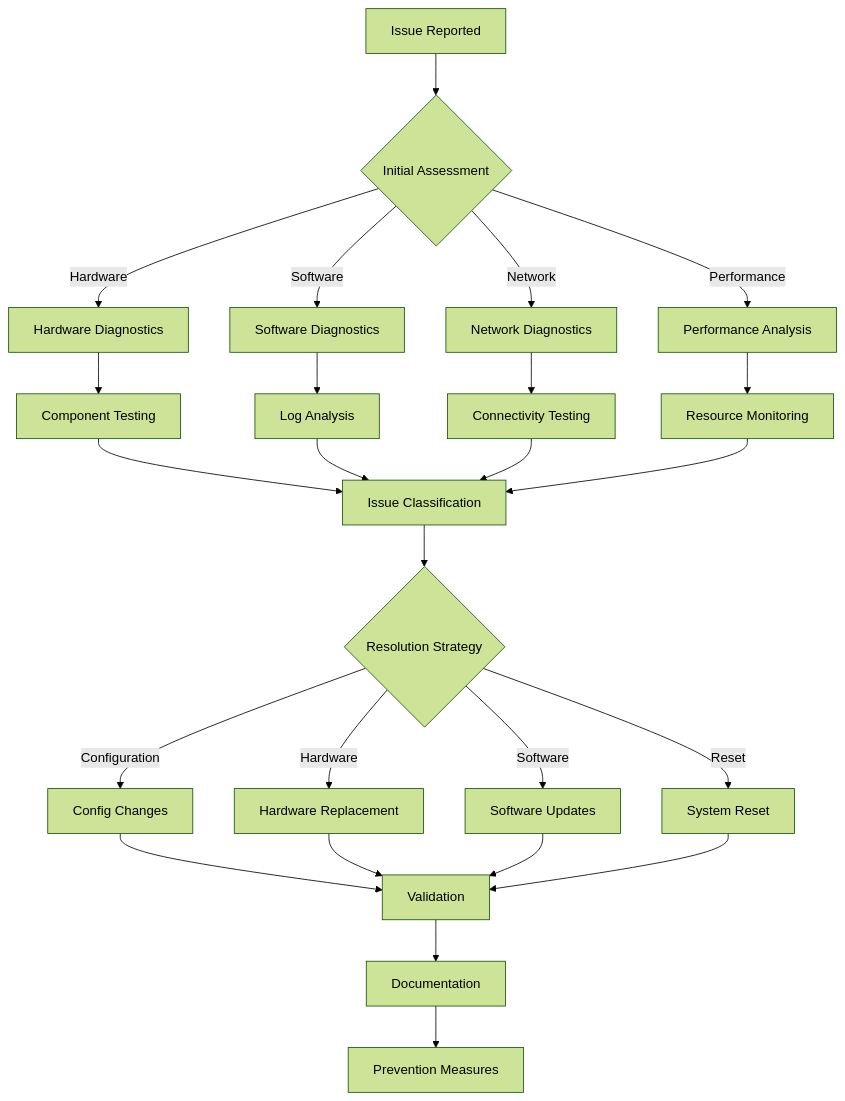
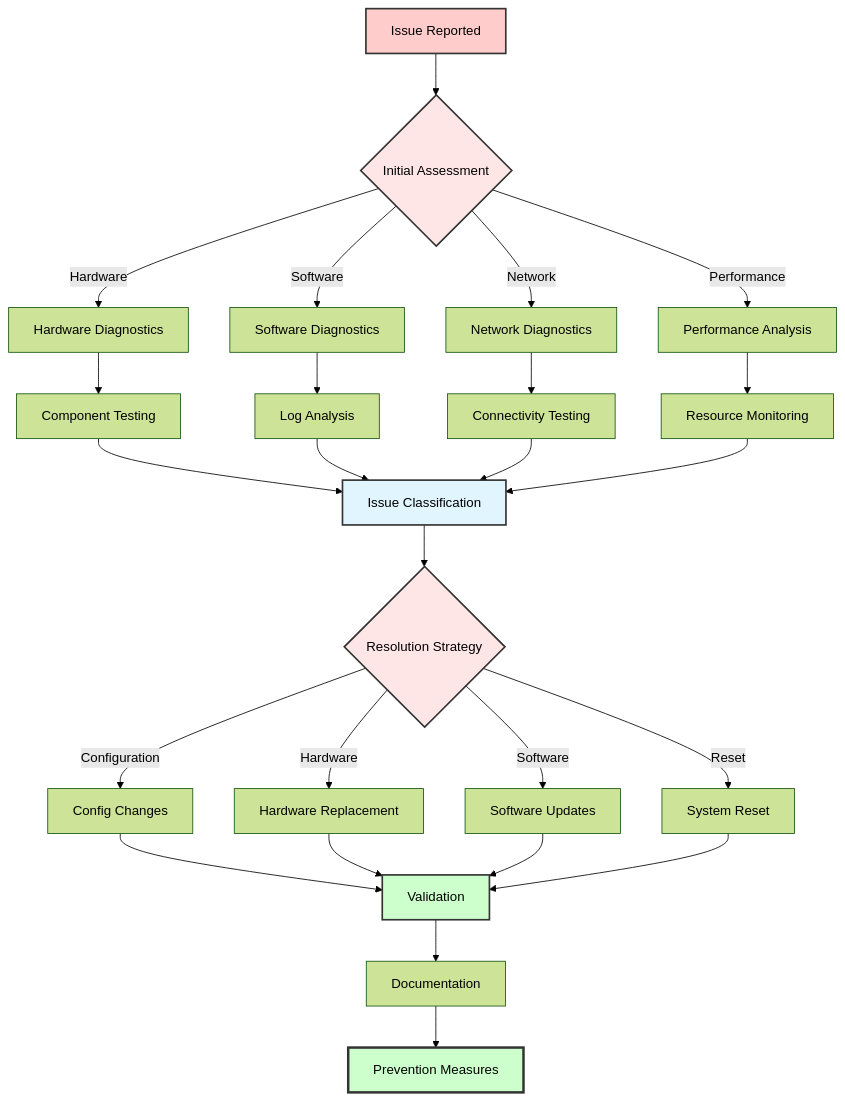
The diagram in docs/operations/troubleshooting.md (JayeshKakkad-Rotoclear/Rotoclear-C-Pro-Docs), drawn with Mermaid (forest theme) before and after one commit. The commit also changed 14 other files, not shown here.

Commit message:
Improve Mermaid diagram formatting for better presentation - Added better spacing, styling, and layout - Enhanced readability with color coding and proper node alignment - Improved subgraph organization - Better decision tree layouts

````diff
--- a/docs/operations/troubleshooting.md
+++ b/docs/operations/troubleshooting.md
@@ -9,33 +9,40 @@
 ```mermaid
 graph TB
     A[Issue Reported] --> B{Initial Assessment}
     
     B -->|Hardware| C[Hardware Diagnostics]
     B -->|Software| D[Software Diagnostics]
     B -->|Network| E[Network Diagnostics]
     B -->|Performance| F[Performance Analysis]
     
     C --> G[Component Testing]
     D --> H[Log Analysis]
     E --> I[Connectivity Testing]
     F --> J[Resource Monitoring]
     
     G --> K[Issue Classification]
     H --> K
     I --> K
     J --> K
     
     K --> L{Resolution Strategy}
     L -->|Configuration| M[Config Changes]
     L -->|Hardware| N[Hardware Replacement]
     L -->|Software| O[Software Updates]
     L -->|Reset| P[System Reset]
     
     M --> Q[Validation]
     N --> Q
     O --> Q
     P --> Q
     
     Q --> R[Documentation]
     R --> S[Prevention Measures]
+    
+    style A fill:#ffcccc,stroke:#333,stroke-width:2px
+    style B fill:#ffe6e6,stroke:#333,stroke-width:2px
+    style K fill:#e1f5ff,stroke:#333,stroke-width:2px
+    style L fill:#ffe6e6,stroke:#333,stroke-width:2px
+    style Q fill:#ccffcc,stroke:#333,stroke-width:2px
+    style S fill:#ccffcc,stroke:#333,stroke-width:3px
 ```
````
